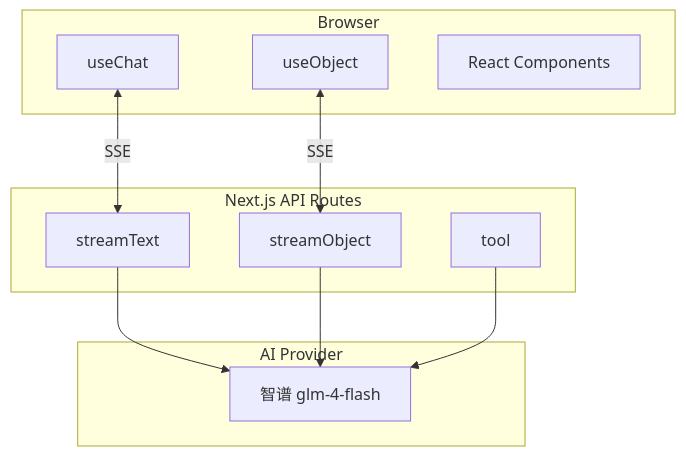
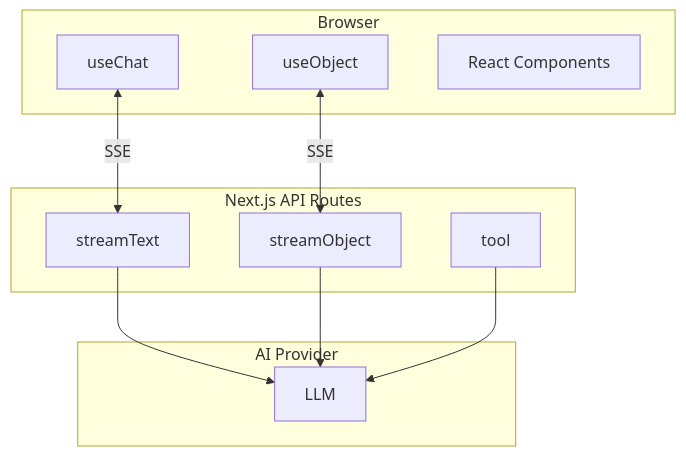
Before and after one commit to exposir/ai-evolution-kit: the sixth of 6 diagrams in packages/04-next-client/README.md, drawn with Mermaid. The commit also changed other lines of this file and 9 other files, not shown here.

````diff
--- a/packages/04-next-client/README.md
+++ b/packages/04-next-client/README.md
@@ -138,24 +138,24 @@
 ```mermaid
 flowchart TB
     subgraph Browser
         UC[useChat]
         UO[useObject]
         COMP[React Components]
     end
 
     subgraph "Next.js API Routes"
         ST[streamText]
         SO[streamObject]
         TOOL[tool]
     end
 
     subgraph "AI Provider"
-        LLM[智谱 glm-4-flash]
+        LLM[LLM]
     end
 
     UC <-->|SSE| ST
     UO <-->|SSE| SO
     ST --> LLM
     SO --> LLM
     TOOL --> LLM
 ```
````
